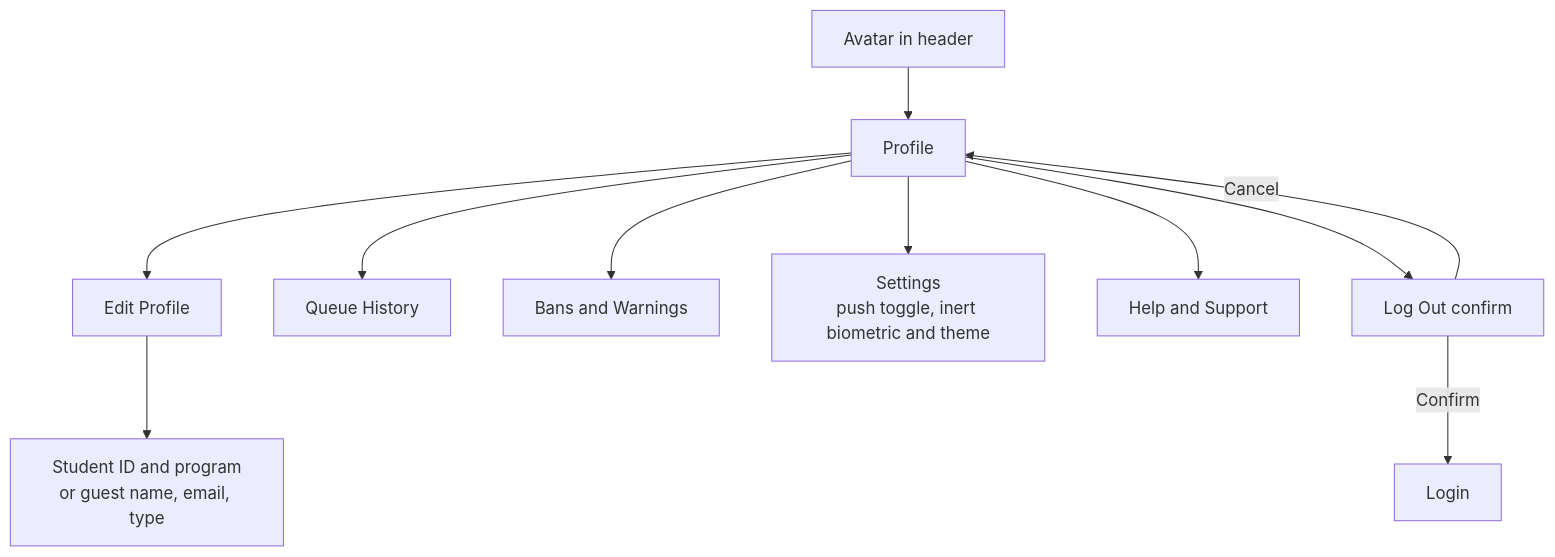
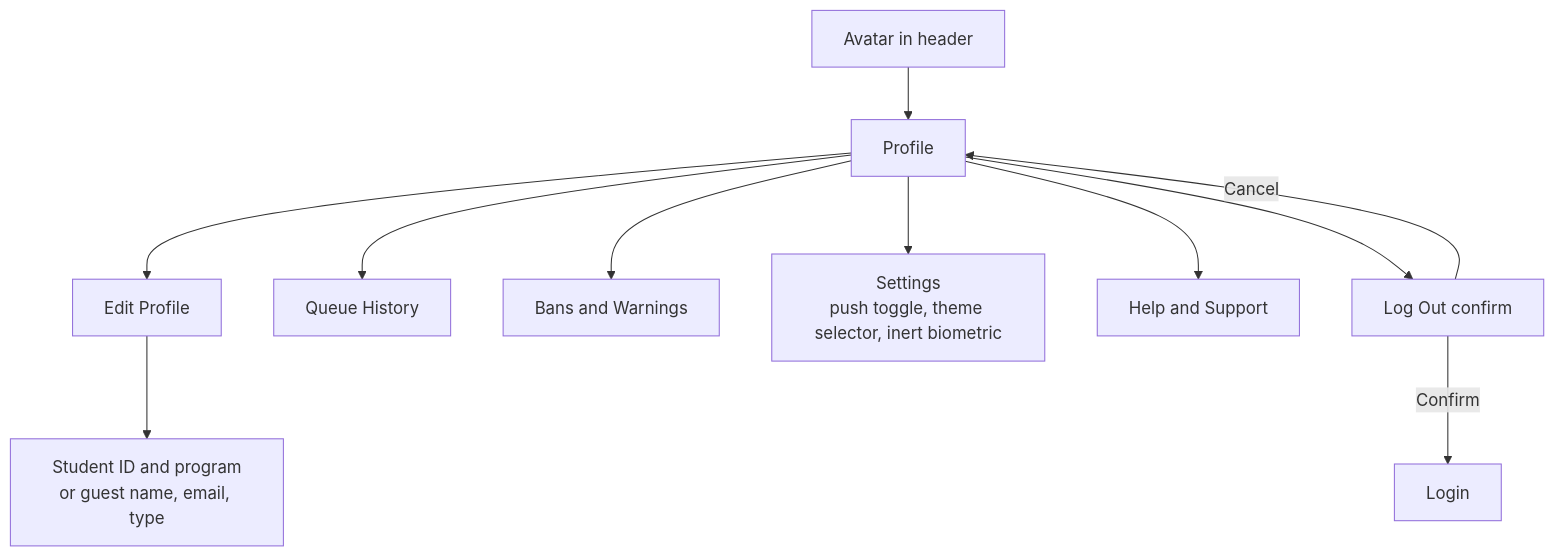
One commit to Az-Zav/QAMPUS changed the seventh of 16 diagrams in KnowledgeBase/QAMPUS_UIUX.md. Above: the diagram before and after it, drawn with Mermaid. The commit also changed other lines of this file and 51 other files, not shown here.

````diff
--- a/KnowledgeBase/QAMPUS_UIUX.md
+++ b/KnowledgeBase/QAMPUS_UIUX.md
@@ -532,13 +532,13 @@
 ```mermaid
 flowchart TD
     A[Avatar in header] --> B[Profile]
     B --> C[Edit Profile]
     C --> C1["Student ID and program<br/>or guest name, email, type"]
     B --> D[Queue History]
     B --> E[Bans and Warnings]
-    B --> F["Settings<br/>push toggle, inert biometric and theme"]
+    B --> F["Settings<br/>push toggle, theme selector, inert biometric"]
     B --> G[Help and Support]
     B --> H[Log Out confirm]
     H -->|Confirm| I[Login]
     H -->|Cancel| B
 ```
````
